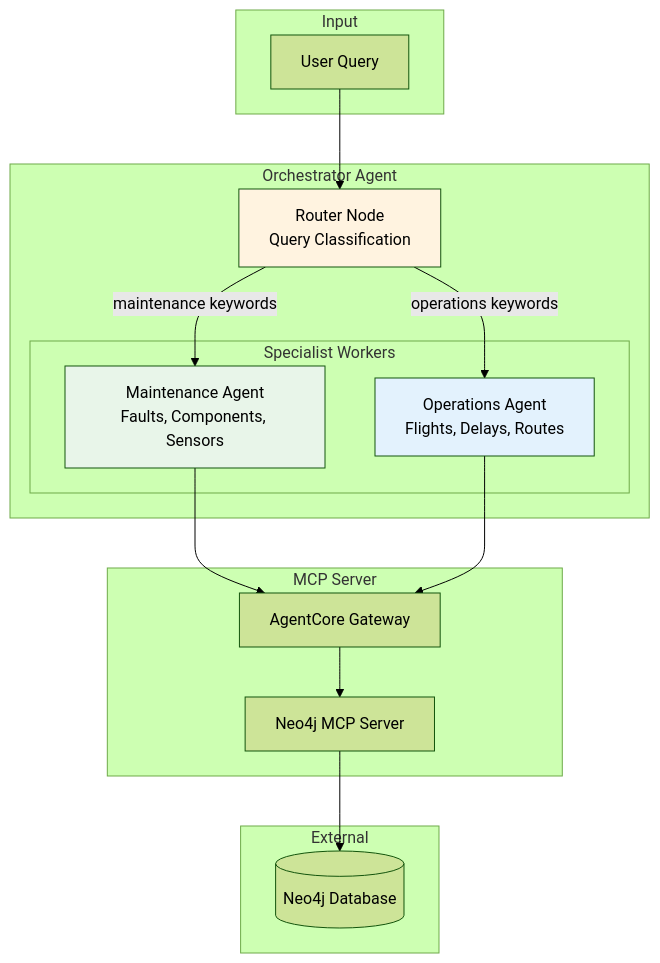
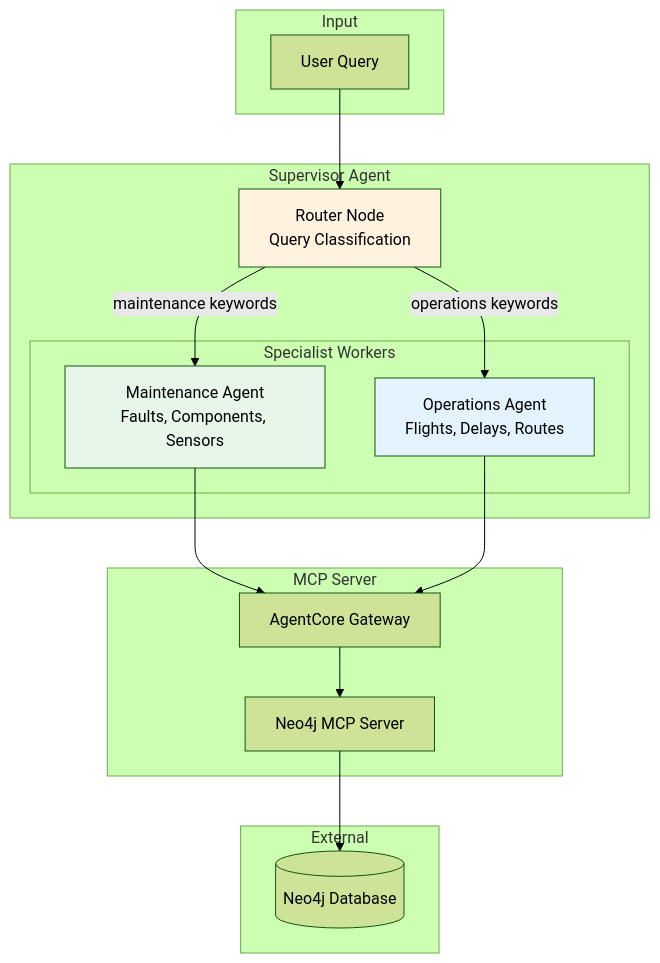
Before and after one commit to neo4j-partners/aws-starter: the seventh of 10 diagrams in docs/ARCHITECTURE.md, drawn with Mermaid (forest theme). The commit also changed other lines of this file and 47 other files, not shown here.

````diff
--- a/docs/ARCHITECTURE.md
+++ b/docs/ARCHITECTURE.md
@@ -433,36 +433,36 @@
 ```mermaid
 flowchart TB
     subgraph Input["Input"]
         USER[User Query]
     end
 
-    subgraph Orchestrator["Orchestrator Agent"]
+    subgraph Supervisor["Supervisor Agent"]
         ROUTER[Router Node<br/>Query Classification]
 
         subgraph Workers["Specialist Workers"]
             MAINT[Maintenance Agent<br/>Faults, Components, Sensors]
             OPS[Operations Agent<br/>Flights, Delays, Routes]
         end
     end
 
     subgraph MCP["MCP Server"]
         GATEWAY[AgentCore Gateway]
         MCPSERVER[Neo4j MCP Server]
     end
 
     subgraph External["External"]
         NEO4J[(Neo4j Database)]
     end
 
     USER --> ROUTER
     ROUTER -->|maintenance keywords| MAINT
     ROUTER -->|operations keywords| OPS
     MAINT --> GATEWAY
     OPS --> GATEWAY
     GATEWAY --> MCPSERVER
     MCPSERVER --> NEO4J
 
     style ROUTER fill:#fff3e0
     style MAINT fill:#e8f5e9
     style OPS fill:#e3f2fd
 ```
````
